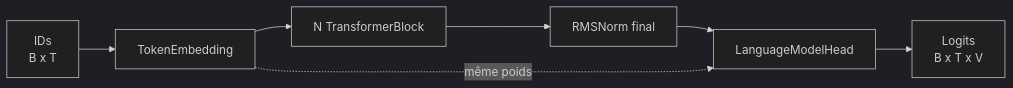
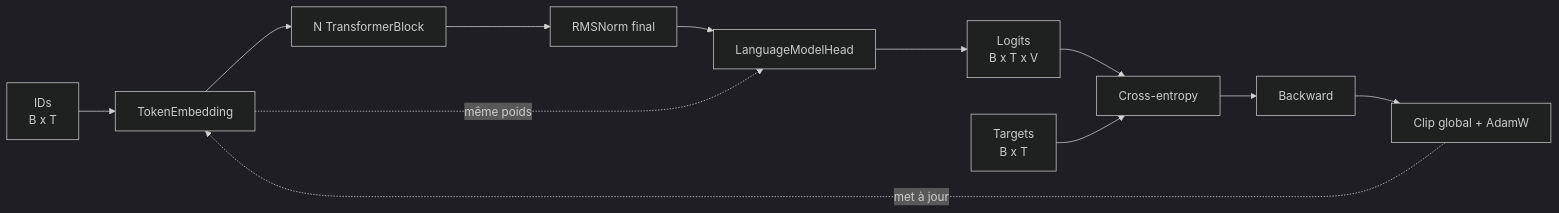
Before and after one commit to lxp-technologies/lxp-mini-1xm: the second of 2 diagrams in docs/architecture/overview.md, drawn with Mermaid (dark theme). The commit also changed other lines of this file and 19 other files, not shown here.

````diff
--- a/docs/architecture/overview.md
+++ b/docs/architecture/overview.md
@@ -32,9 +33,14 @@
 ```mermaid
 flowchart LR
     IDS[IDs<br/>B x T] --> EMB[TokenEmbedding]
     EMB --> BLOCKS[N TransformerBlock]
     BLOCKS --> NORM[RMSNorm final]
     NORM --> HEAD[LanguageModelHead]
     HEAD --> LOGITS[Logits<br/>B x T x V]
+    LOGITS --> LOSS[Cross-entropy]
+    TARGETS[Targets<br/>B x T] --> LOSS
+    LOSS --> BACK[Backward]
+    BACK --> OPT[Clip global + AdamW]
+    OPT -. met à jour .-> EMB
     EMB -. même poids .-> HEAD
 ```
````
